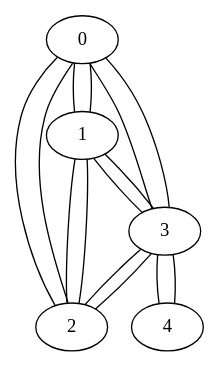
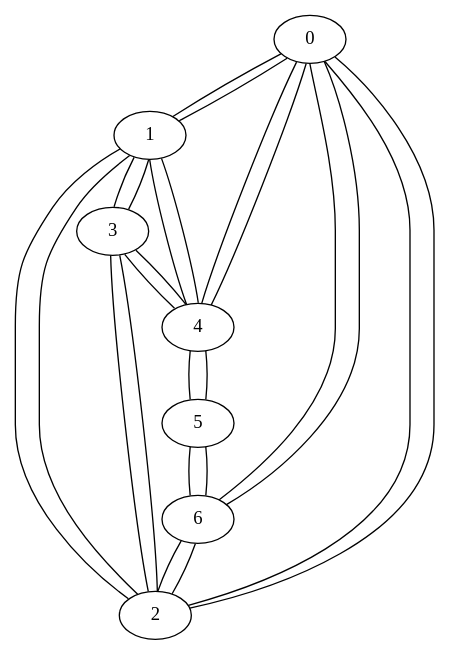
One commit to AnastasiiaSky/SimpleNavigator-v1.0 changed the diagram in src/output.dot. Above: the diagram before and after it, drawn with Graphviz. The commit also changed 4 other files, not shown here.

```diff
--- a/src/output.dot
+++ b/src/output.dot
@@ -1,16 +1,26 @@
 graph G {
   0 -- 1;
   0 -- 2;
-  0 -- 3;
+  0 -- 4;
+  0 -- 6;
   1 -- 0;
   1 -- 2;
   1 -- 3;
+  1 -- 4;
   2 -- 0;
   2 -- 1;
   2 -- 3;
-  3 -- 0;
+  2 -- 6;
   3 -- 1;
   3 -- 2;
   3 -- 4;
+  4 -- 0;
+  4 -- 1;
   4 -- 3;
+  4 -- 5;
+  5 -- 4;
+  5 -- 6;
+  6 -- 0;
+  6 -- 2;
+  6 -- 5;
 }
```
